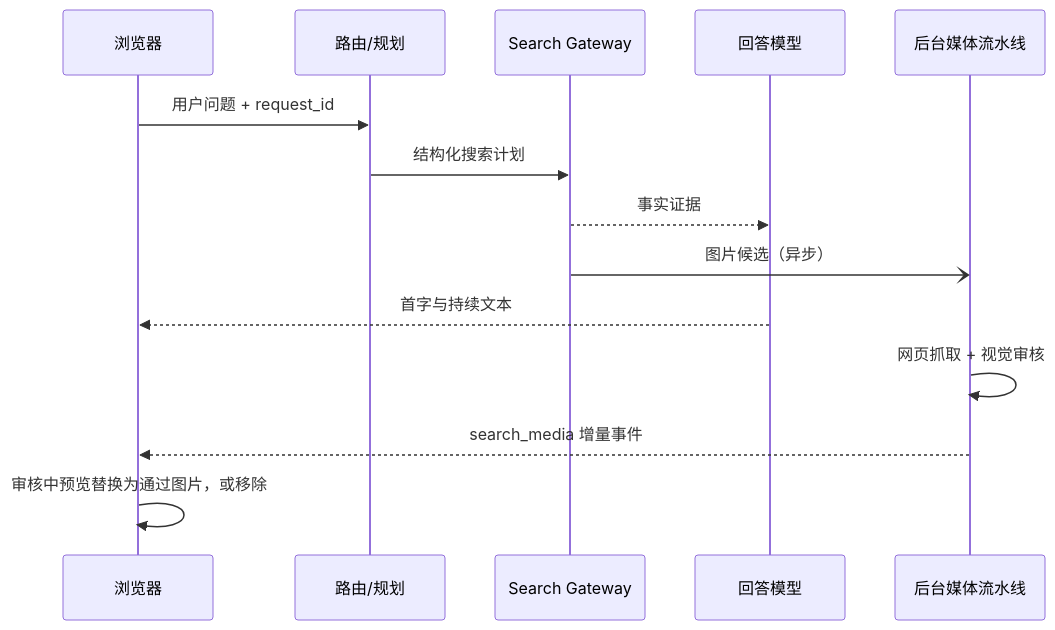
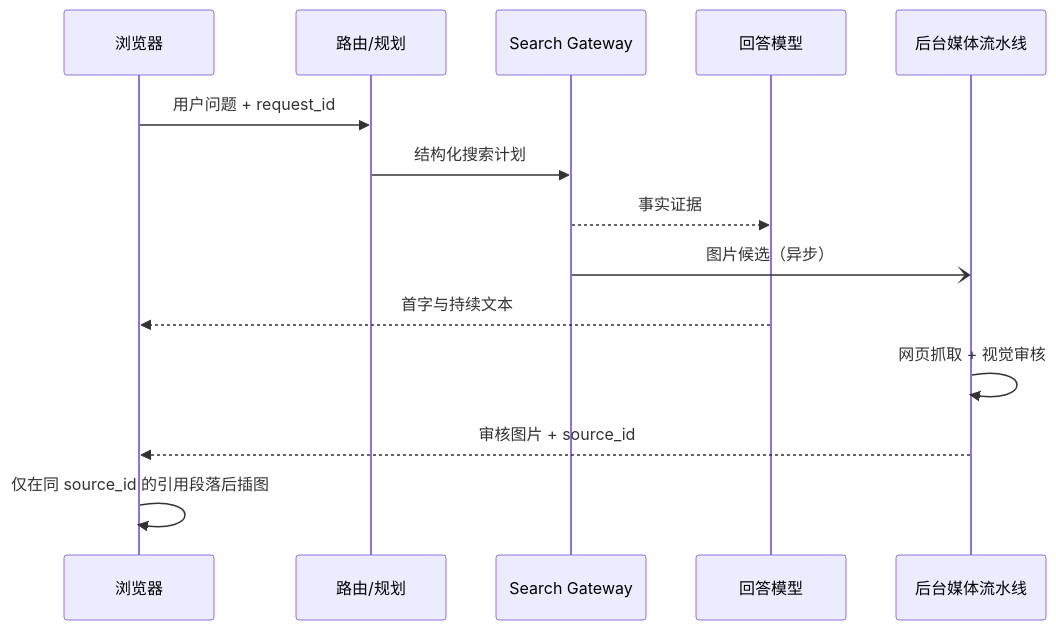
One commit to wangjr20210114-hue/-ai- changed the fourth of 4 diagrams in ARCHITECTURE_PLAN.md. Above: the diagram before and after it, drawn with Mermaid. The commit also changed other lines of this file and 6 other files, not shown here.

Commit message:
fix: bind reviewed media to exact source citations

````diff
--- a/ARCHITECTURE_PLAN.md
+++ b/ARCHITECTURE_PLAN.md
@@ -184,17 +184,17 @@
 ```mermaid
 sequenceDiagram
     participant UI as 浏览器
     participant Plan as 路由/规划
     participant Search as Search Gateway
     participant Answer as 回答模型
     participant Media as 后台媒体流水线
 
     UI->>Plan: 用户问题 + request_id
     Plan->>Search: 结构化搜索计划
     Search-->>Answer: 事实证据
     Search-)Media: 图片候选（异步）
     Answer-->>UI: 首字与持续文本
     Media->>Media: 网页抓取 + 视觉审核
-    Media-->>UI: search_media 增量事件
-    UI->>UI: 审核中预览替换为通过图片，或移除
+    Media-->>UI: 审核图片 + source_id
+    UI->>UI: 仅在同 source_id 的引用段落后插图
 ```
````
